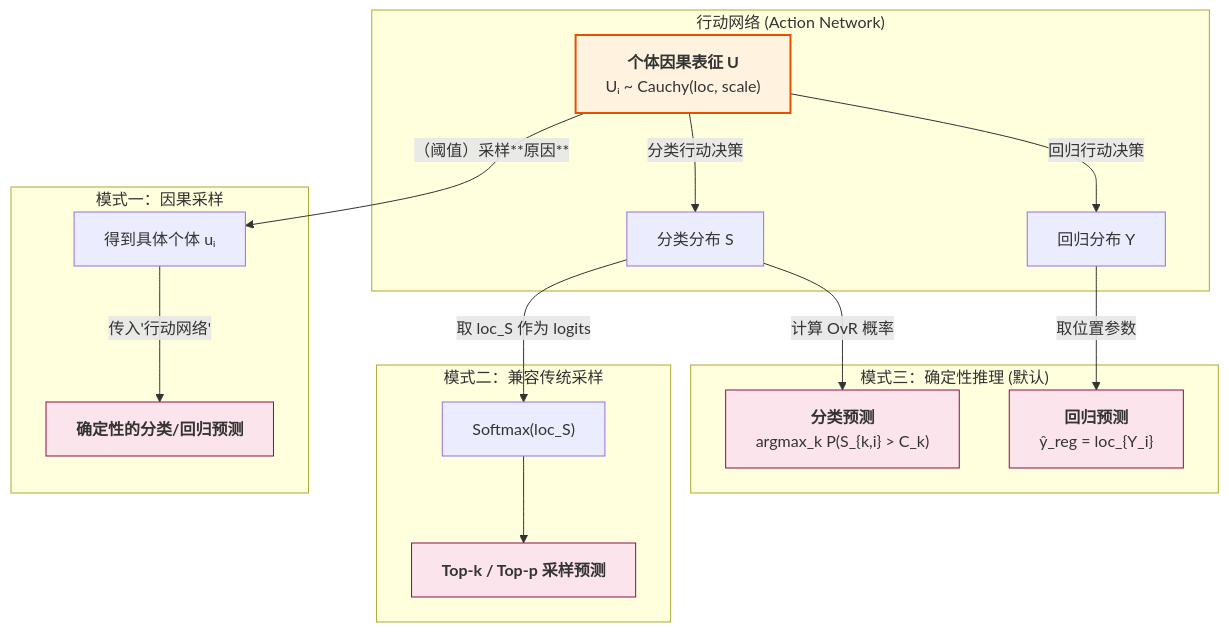
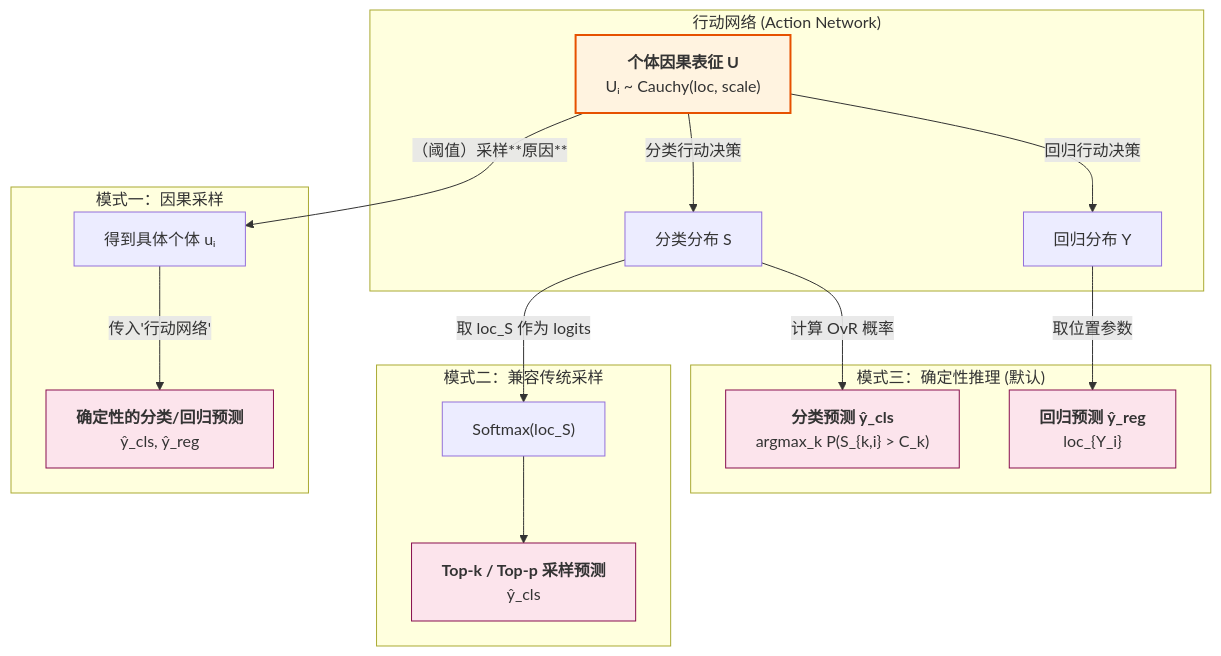
One commit to 1587causalai/CausalQwen changed the fourth of 8 diagrams in docs/mathematical_foundations.md. Above: the diagram before and after it, drawn with Mermaid. The commit also changed other lines of this file, not shown here.

````diff
--- a/docs/mathematical_foundations.md
+++ b/docs/mathematical_foundations.md
@@ -366,31 +368,31 @@
 ```mermaid
 graph TD
     A["<b>个体因果表征 U</b><br>Uᵢ ~ Cauchy(loc, scale)"];
 
     subgraph "行动网络 (Action Network)"
         A -- "分类行动决策" --> B["分类分布 S"];
         A -- "回归行动决策" --> C["回归分布 Y"];
     end
 
     subgraph "模式三：确定性推理 (默认)"
-        B -- "计算 OvR 概率" --> D["<b>分类预测</b><br>argmax_k P(S_{k,i} > C_k)"];
-        C -- "取位置参数" --> E["<b>回归预测</b><br>ŷ_reg = loc_{Y_i}"];
+        B -- "计算 OvR 概率" --> D["<b>分类预测 ŷ_cls </b><br> argmax_k P(S_{k,i} > C_k)"];
+        C -- "取位置参数" --> E["<b>回归预测 ŷ_reg </b><br> loc_{Y_i}"];
     end
     subgraph "模式二：兼容传统采样"
         B -- "取 loc_S 作为 logits" --> H["Softmax(loc_S)"];
-        H --> I["<b>Top-k / Top-p 采样预测</b>"];
+        H --> I["<b>Top-k / Top-p 采样预测</b> <br> ŷ_cls"];
     end
 
     subgraph "模式一：因果采样"
         A -- "（阈值）采样**原因**" --> F["得到具体个体 uᵢ"];
-        F -- "传入'行动网络'" --> G["<b>确定性的分类/回归预测</b>"];
+        F -- "传入'行动网络'" --> G["<b>确定性的分类/回归预测</b> <br> ŷ_cls, ŷ_reg"];
     end
 
 
 
     style A fill:#fff3e0,stroke:#e65100,stroke-width:2px
     style D fill:#fce4ec,stroke:#880e4f
     style E fill:#fce4ec,stroke:#880e4f
     style G fill:#fce4ec,stroke:#880e4f
     style I fill:#fce4ec,stroke:#880e4f
 ```
````
